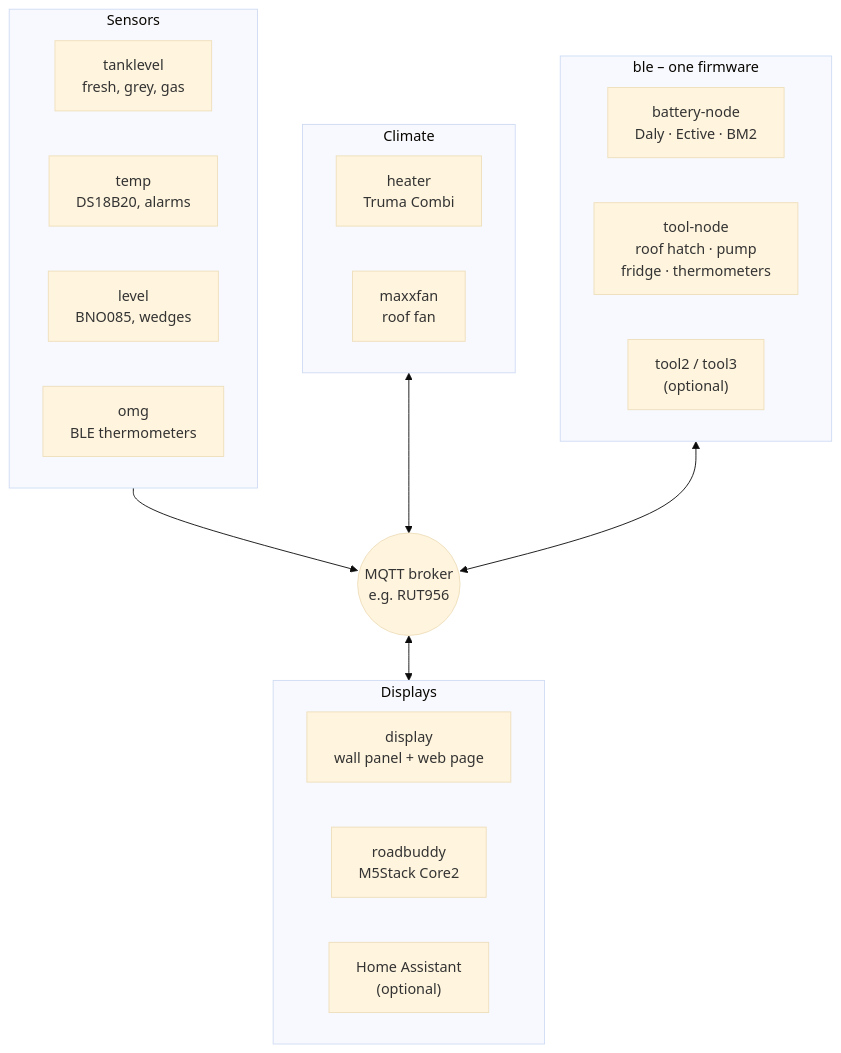
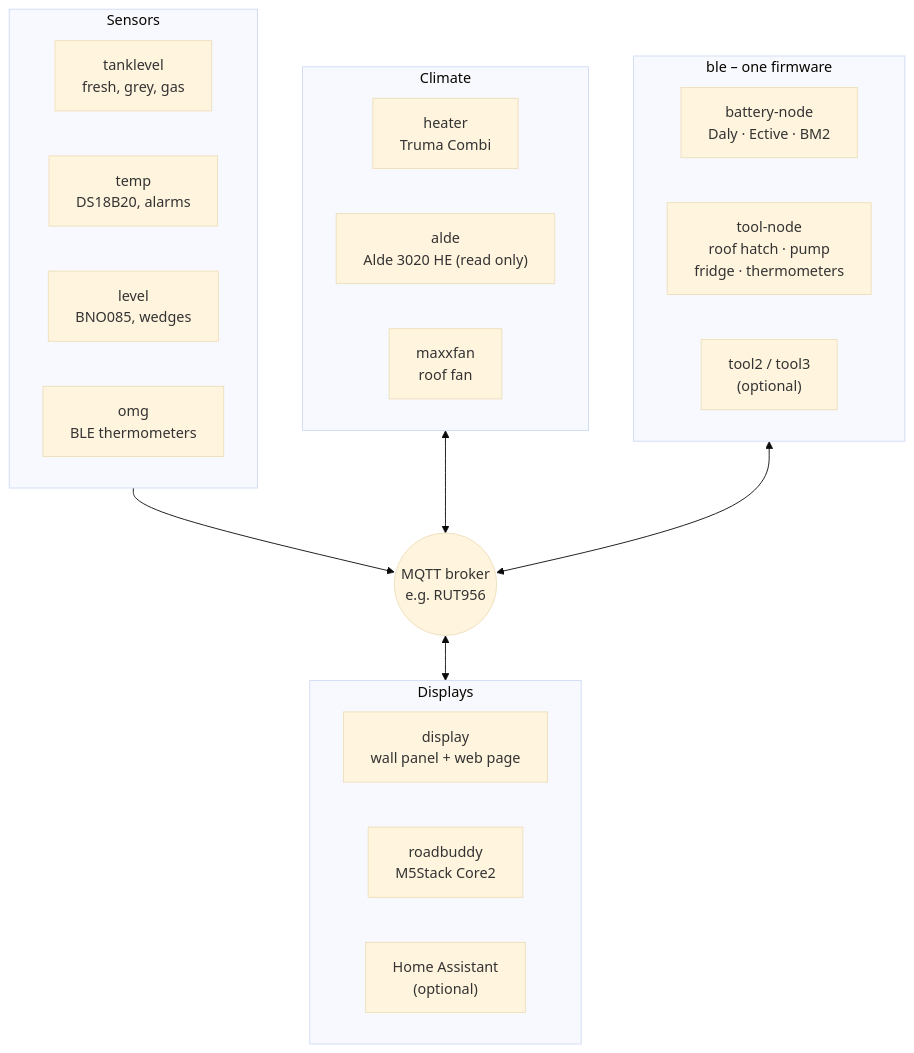
Before and after one commit to hflocki/vannode: the diagram in README.md, drawn with Mermaid (base theme). The commit also changed other lines of this file and 33 other files, not shown here.

````diff
--- a/README.md
+++ b/README.md
@@ -29,28 +29,29 @@
 ```mermaid
 flowchart TB
   subgraph sens["Sensors"]
     tank["tanklevel<br/>fresh, grey, gas"]
     temp["temp<br/>DS18B20, alarms"]
     level["level<br/>BNO085, wedges"]
     omg["omg<br/>BLE thermometers"]
   end
   subgraph clim["Climate"]
     heater["heater<br/>Truma Combi"]
+    alde["alde<br/>Alde 3020 HE (read only)"]
     fan["maxxfan<br/>roof fan"]
   end
   subgraph ble["ble – one firmware"]
     bat["battery-node<br/>Daly · Ective · BM2"]
     tool["tool-node<br/>roof hatch · pump<br/>fridge · thermometers"]
     more["tool2 / tool3<br/>(optional)"]
   end
   broker(("MQTT broker<br/>e.g. RUT956"))
   subgraph ui["Displays"]
     display["display<br/>wall panel + web page"]
     rb["roadbuddy<br/>M5Stack Core2"]
     ha["Home Assistant<br/>(optional)"]
   end
   sens --> broker
   clim <--> broker
   ble <--> broker
   broker <--> ui
 ```
````
